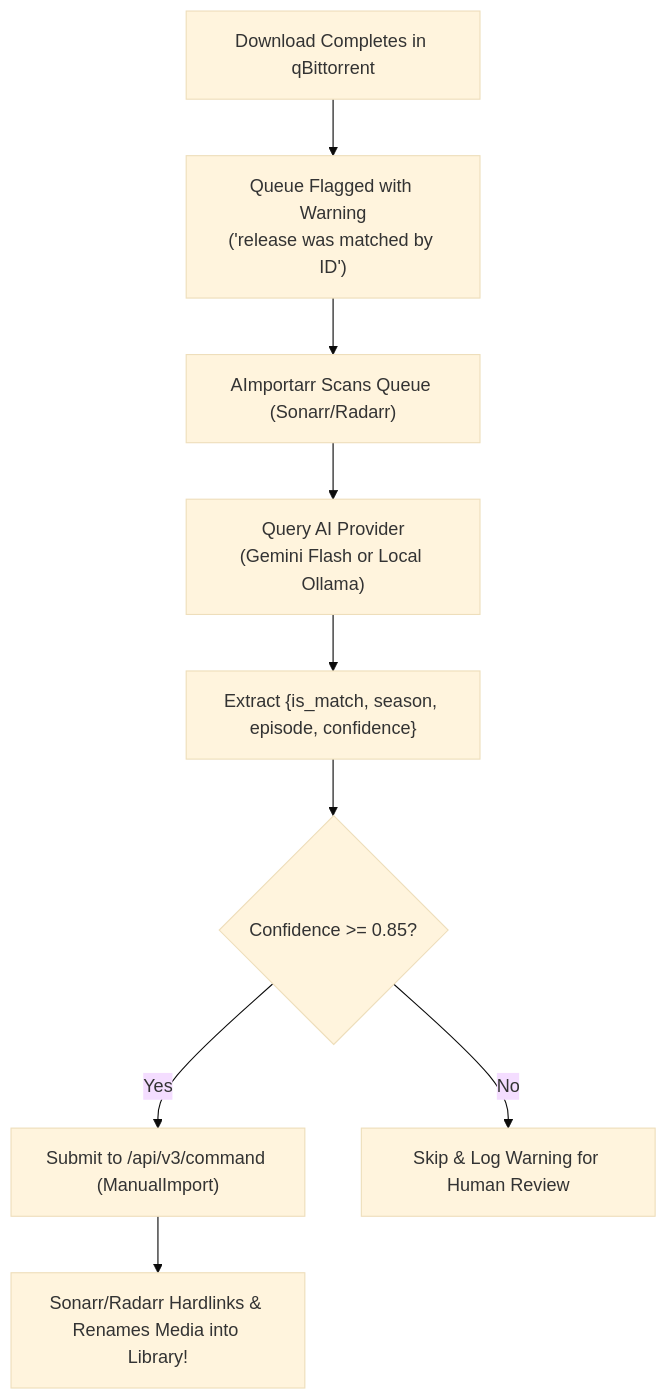
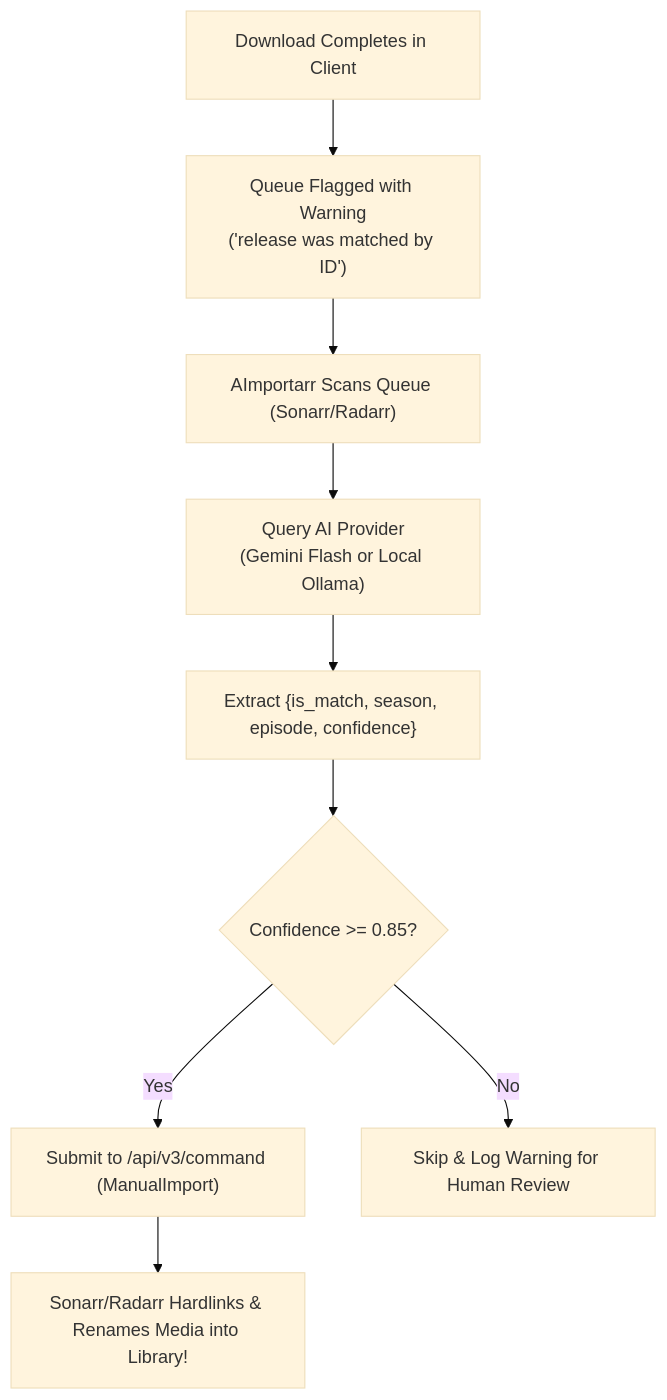
The diagram in README.md (willyzha/aimportarr), drawn with Mermaid (base theme) before and after one commit. The commit also changed other lines of this file and 2 other files, not shown here.

Commit message:
docs: neutralize all client and acquisition references

````diff
--- a/README.md
+++ b/README.md
@@ -88,11 +88,11 @@
 ```mermaid
 flowchart TD
-    A["Download Completes in qBittorrent"] --> B["Queue Flagged with Warning<br/>('release was matched by ID')"]
+    A["Download Completes in Client"] --> B["Queue Flagged with Warning<br/>('release was matched by ID')"]
     B --> C["AImportarr Scans Queue (Sonarr/Radarr)"]
     C --> D["Query AI Provider<br/>(Gemini Flash or Local Ollama)"]
     D --> E["Extract {is_match, season, episode, confidence}"]
     E --> F{"Confidence >= 0.85?"}
     F -- Yes --> G["Submit to /api/v3/command (ManualImport)"]
     F -- No --> H["Skip & Log Warning for Human Review"]
     G --> I["Sonarr/Radarr Hardlinks & Renames Media into Library!"]
 ```
````
